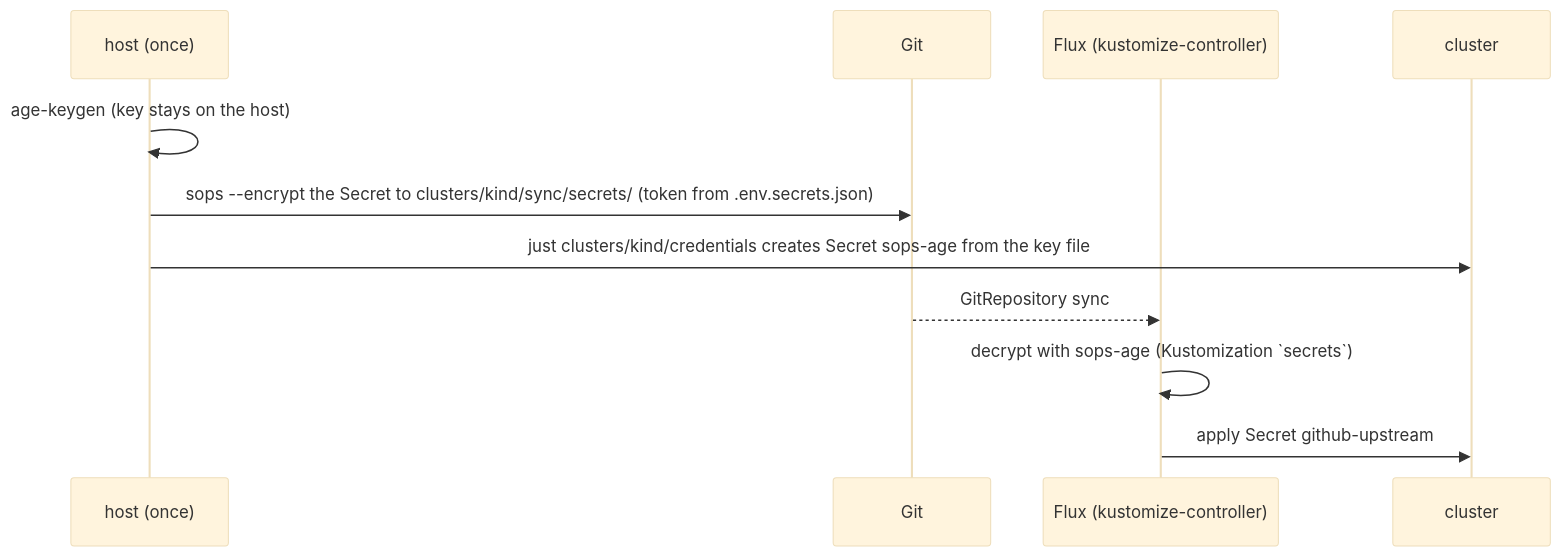
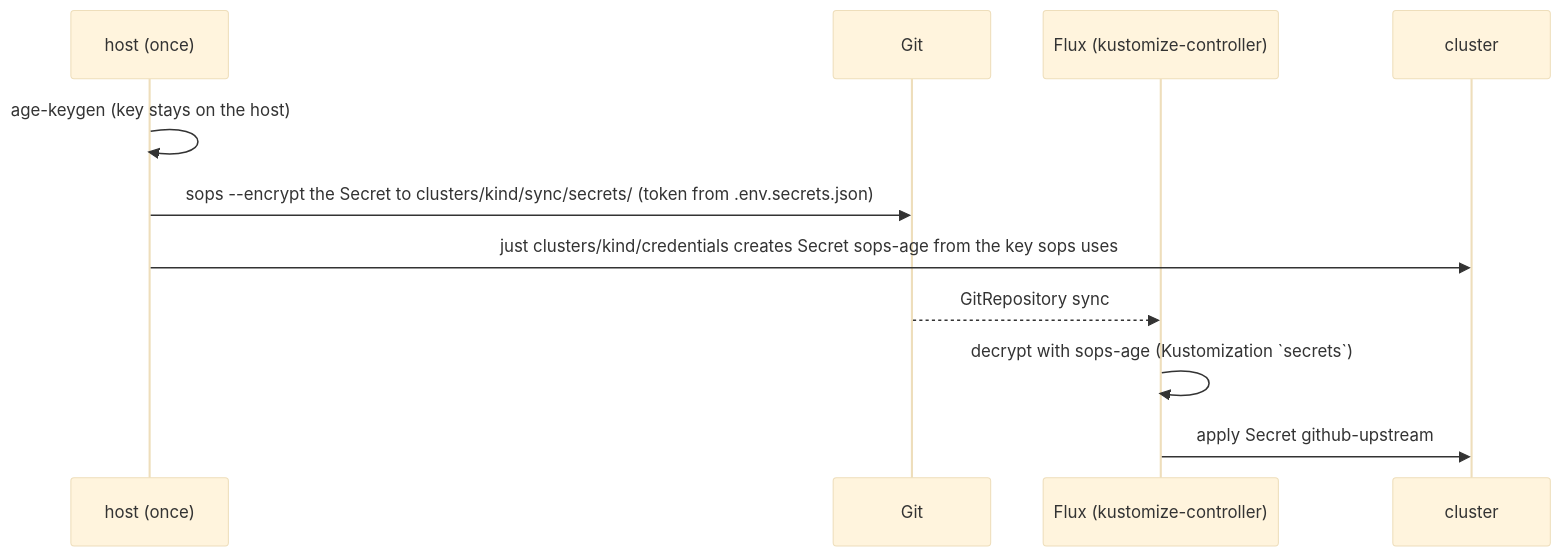
One commit to raghav19/engineersdaybook changed the fourth of 4 diagrams in code/mcp-sandbox/part-3-mcp-guardrails/README.md. Above: the diagram before and after it, drawn with Mermaid (base theme). The commit also changed other lines of this file and 6 other files, not shown here.

````diff
--- a/code/mcp-sandbox/part-3-mcp-guardrails/README.md
+++ b/code/mcp-sandbox/part-3-mcp-guardrails/README.md
@@ -121,14 +121,14 @@
 ```mermaid
 sequenceDiagram
     participant H as host (once)
     participant G as Git
     participant F as Flux (kustomize-controller)
     participant K as cluster
 
     H->>H: age-keygen (key stays on the host)
     H->>G: sops --encrypt the Secret to clusters/kind/sync/secrets/ (token from .env.secrets.json)
-    H->>K: just clusters/kind/credentials creates Secret sops-age from the key file
+    H->>K: just clusters/kind/credentials creates Secret sops-age from the key sops uses
     G-->>F: GitRepository sync
     F->>F: decrypt with sops-age (Kustomization `secrets`)
     F->>K: apply Secret github-upstream
 ```
````
